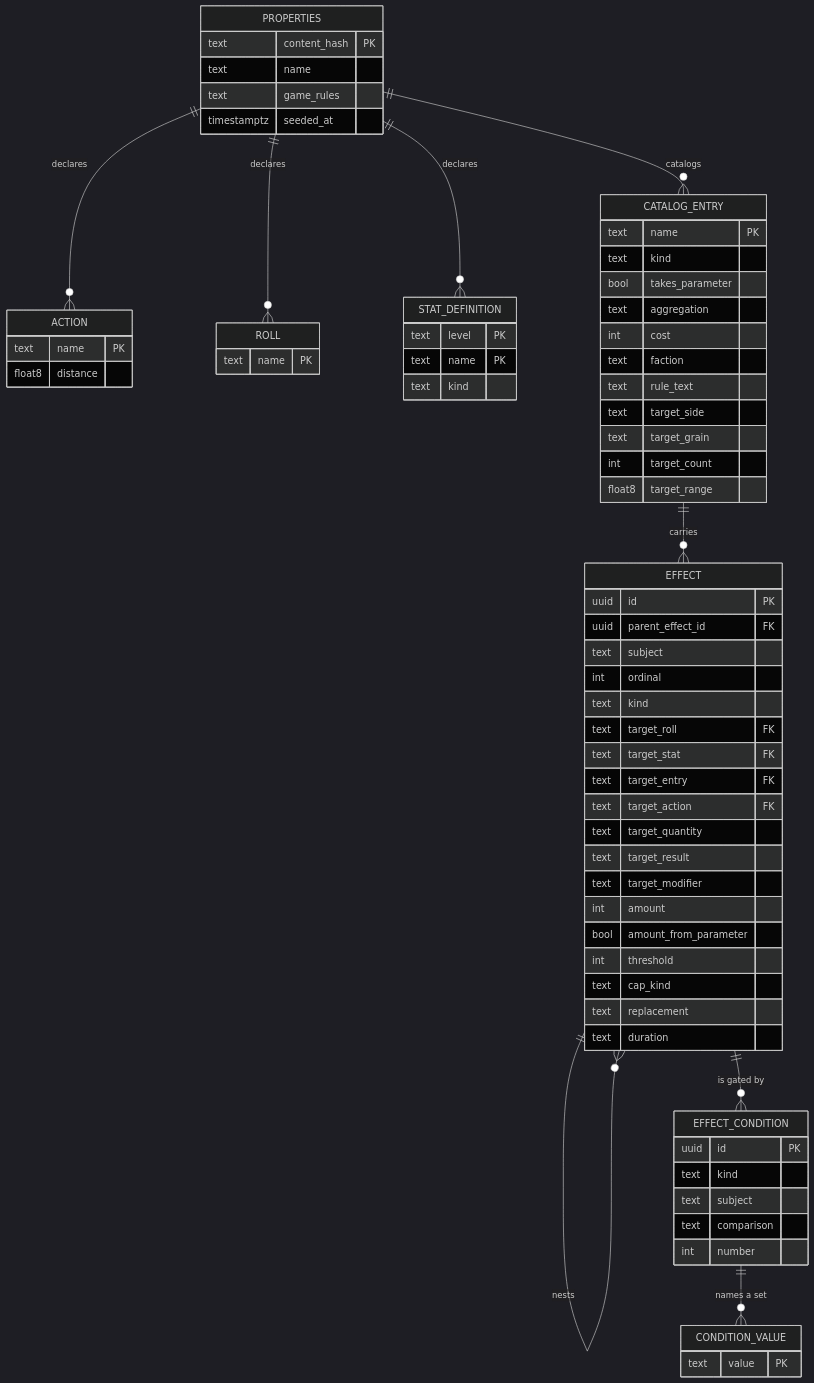
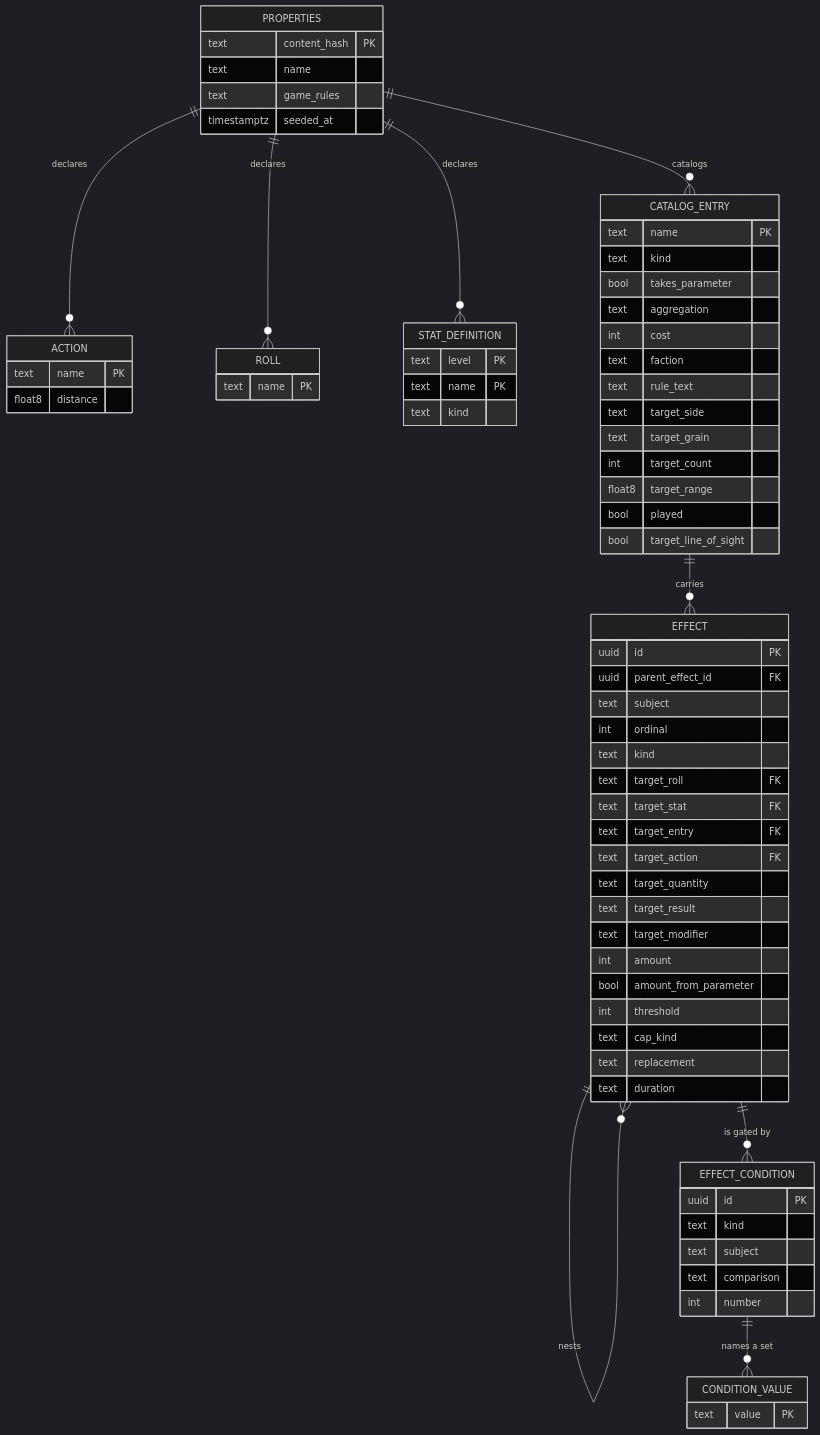
Before and after one commit to cstupi/tabletop: the second of 11 diagrams in docs/design/interpreter/design.md, drawn with Mermaid (dark theme). The commit also changed other lines of this file and 8 other files, not shown here.

````diff
--- a/docs/design/interpreter/design.md
+++ b/docs/design/interpreter/design.md
@@ -152,72 +152,74 @@
 ```mermaid
 erDiagram
     PROPERTIES ||--o{ ACTION : declares
     PROPERTIES ||--o{ ROLL : declares
     PROPERTIES ||--o{ STAT_DEFINITION : declares
     PROPERTIES ||--o{ CATALOG_ENTRY : catalogs
     CATALOG_ENTRY ||--o{ EFFECT : carries
     EFFECT ||--o{ EFFECT : nests
     EFFECT ||--o{ EFFECT_CONDITION : "is gated by"
     EFFECT_CONDITION ||--o{ CONDITION_VALUE : "names a set"
     PROPERTIES {
         text content_hash PK
         text name
         text game_rules
         timestamptz seeded_at
     }
     ACTION {
         text name PK
         float8 distance
     }
     ROLL {
         text name PK
     }
     STAT_DEFINITION {
         text level PK
         text name PK
         text kind
     }
     CATALOG_ENTRY {
         text name PK
         text kind
         bool takes_parameter
         text aggregation
         int cost
         text faction
         text rule_text
         text target_side
         text target_grain
         int target_count
         float8 target_range
+        bool played
+        bool target_line_of_sight
     }
     EFFECT {
         uuid id PK
         uuid parent_effect_id FK
         text subject
         int ordinal
         text kind
         text target_roll FK
         text target_stat FK
         text target_entry FK
         text target_action FK
         text target_quantity
         text target_result
         text target_modifier
         int amount
         bool amount_from_parameter
         int threshold
         text cap_kind
         text replacement
         text duration
     }
     EFFECT_CONDITION {
         uuid id PK
         text kind
         text subject
         text comparison
         int number
     }
     CONDITION_VALUE {
         text value PK
     }
 ```
````
